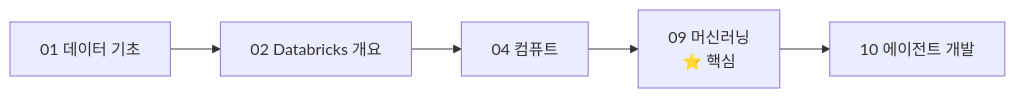
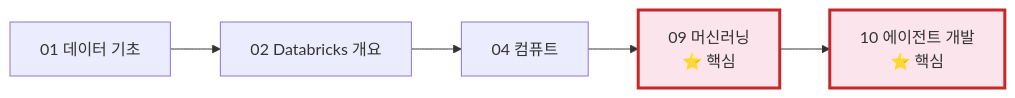
The fourth of 5 diagrams in 13-appendix/learning-path.md (SimyungYang/simyung-dbx-training), drawn with Mermaid before and after one commit. The commit also changed other lines of this file and 37 other files, not shown here.

````diff
--- a/13-appendix/learning-path.md
+++ b/13-appendix/learning-path.md
@@ -41,7 +129,10 @@
 ```mermaid
 graph LR
     A["01 데이터 기초"] --> B["02 Databricks 개요"]
     B --> C["04 컴퓨트"]
     C --> D["09 머신러닝<br/>⭐ 핵심"]
-    D --> E["10 에이전트 개발"]
+    D --> E["10 에이전트 개발<br/>⭐ 핵심"]
+
+    style D fill:#fce4ec,stroke:#c62828,stroke-width:3px
+    style E fill:#fce4ec,stroke:#c62828,stroke-width:3px
 ```
````
